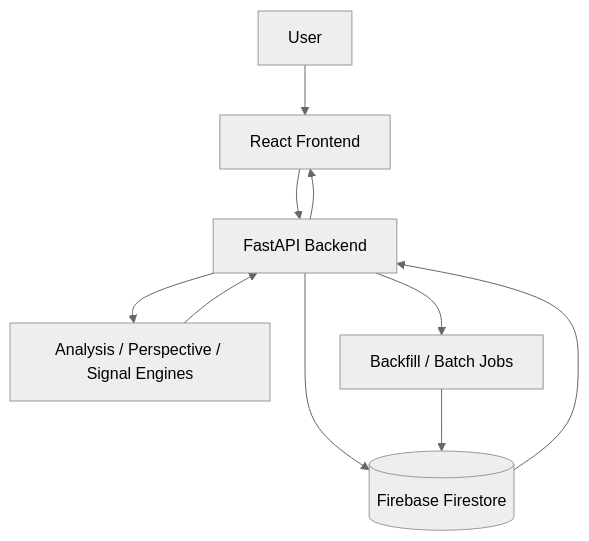
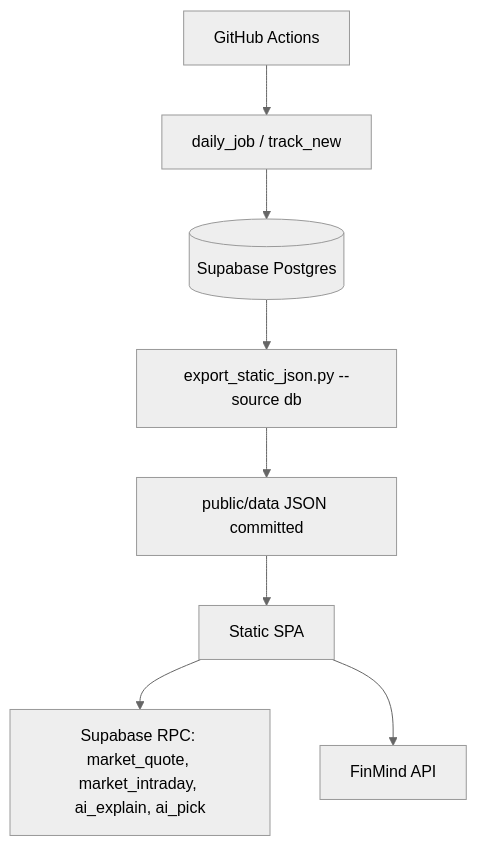
Before and after one commit to spinyang0805/Stock-analysis-: the diagram in docs/AGENT_HANDOVER.md, drawn with Mermaid (neutral theme). The commit also changed other lines of this file and 9 other files, not shown here.

````diff
--- a/docs/AGENT_HANDOVER.md
+++ b/docs/AGENT_HANDOVER.md
@@ -37,12 +17,10 @@
 ```mermaid
 flowchart TD
-  User[User] --> FE[React Frontend]
-  FE --> API[FastAPI Backend]
-  API --> FS[(Firebase Firestore)]
-  API --> Engine[Analysis / Perspective / Signal Engines]
-  API --> Jobs[Backfill / Batch Jobs]
-  Jobs --> FS
-  Engine --> API
-  FS --> API
-  API --> FE
+  GH[GitHub Actions] --> Job[daily_job / track_new]
+  Job --> DB[(Supabase Postgres)]
+  DB --> Export[export_static_json.py --source db]
+  Export --> Static[public/data JSON committed]
+  Static --> FE[Static SPA]
+  FE --> SB[Supabase RPC: market_quote, market_intraday, ai_explain, ai_pick]
+  FE --> FM[FinMind API]
 ```
````
